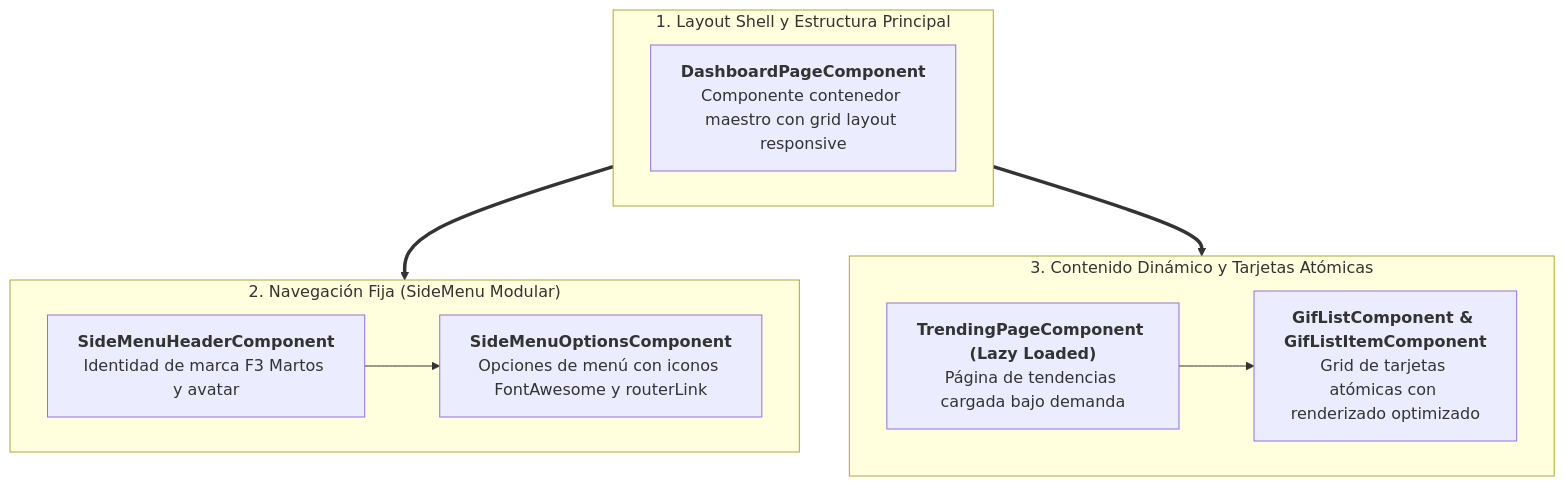
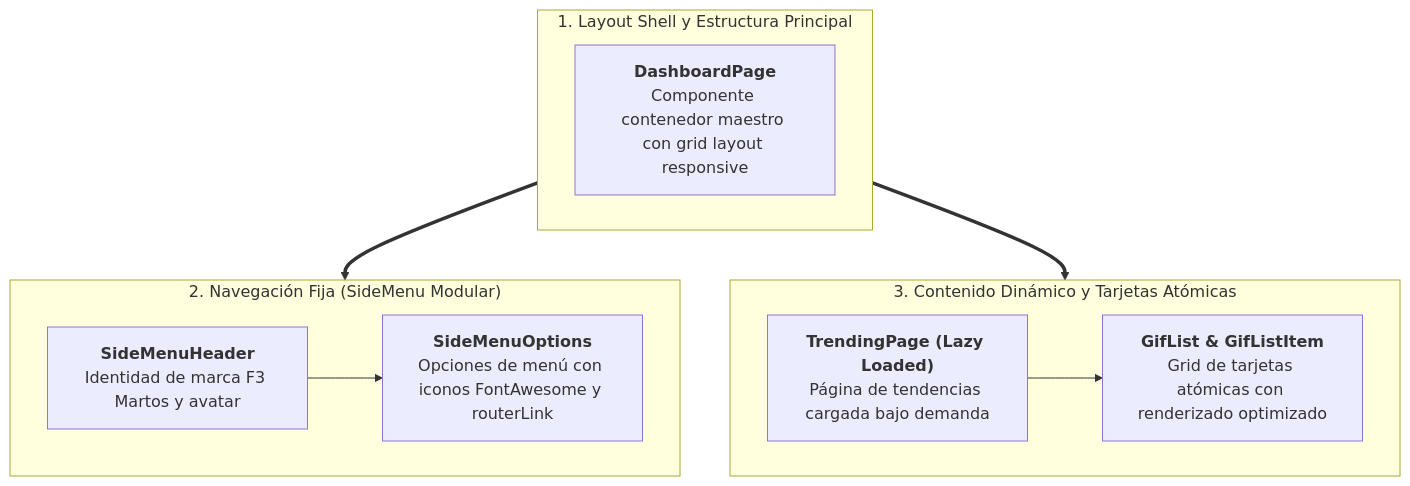
The first of 7 diagrams in docs/06-gifs-componentes.md (Jose-Quesada/materiales_angular), drawn with Mermaid before and after one commit. The commit also changed other lines of this file and 37 other files, not shown here.

````diff
--- a/docs/06-gifs-componentes.md
+++ b/docs/06-gifs-componentes.md
@@ -19,17 +19,17 @@
 ``` mermaid
 flowchart TD
     subgraph CapaLayout ["1. Layout Shell y Estructura Principal"]
-        Shell["<b>DashboardPageComponent</b><br/>Componente contenedor maestro con grid layout responsive"]
+        Shell["<b>DashboardPage</b><br/>Componente contenedor maestro con grid layout responsive"]
     end
 
     subgraph CapaNavegacion ["2. Navegación Fija (SideMenu Modular)"]
-        Header["<b>SideMenuHeaderComponent</b><br/>Identidad de marca F3 Martos y avatar"] --> Opts["<b>SideMenuOptionsComponent</b><br/>Opciones de menú con iconos FontAwesome y routerLink"]
+        Header["<b>SideMenuHeader</b><br/>Identidad de marca F3 Martos y avatar"] --> Opts["<b>SideMenuOptions</b><br/>Opciones de menú con iconos FontAwesome y routerLink"]
     end
 
     subgraph CapaVistas ["3. Contenido Dinámico y Tarjetas Atómicas"]
-        Trending["<b>TrendingPageComponent (Lazy Loaded)</b><br/>Página de tendencias cargada bajo demanda"] --> List["<b>GifListComponent & GifListItemComponent</b><br/>Grid de tarjetas atómicas con renderizado optimizado"]
+        Trending["<b>TrendingPage (Lazy Loaded)</b><br/>Página de tendencias cargada bajo demanda"] --> List["<b>GifList & GifListItem</b><br/>Grid de tarjetas atómicas con renderizado optimizado"]
     end
 
     CapaLayout ==> CapaNavegacion
     CapaLayout ==> CapaVistas
 ```
````
